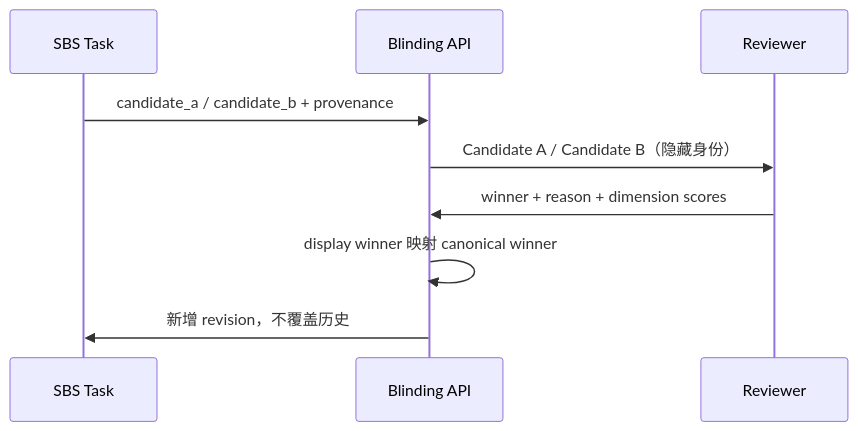
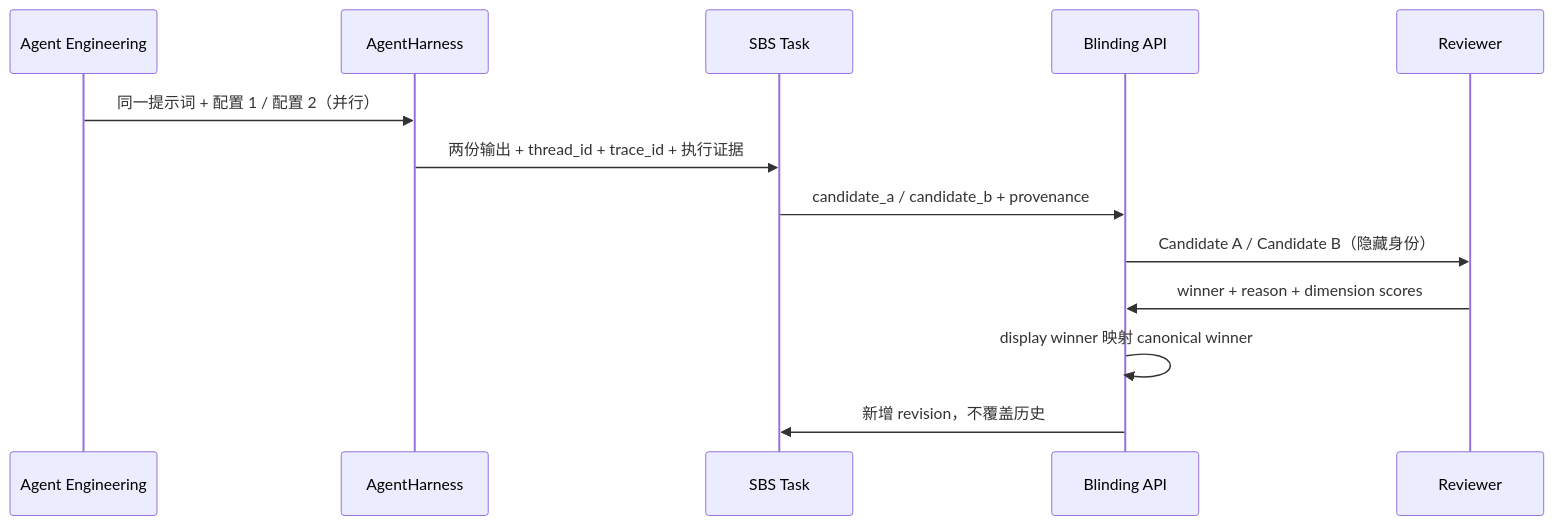
The fifth of 5 diagrams in Agent工程平台建设报告.md (YachuanWzh/huamulan-agent), drawn with Mermaid before and after one commit. The commit also changed other lines of this file and 10 other files, not shown here.

Commit message:
feat(agent-engineering): run real SBS candidates

````diff
--- a/Agent工程平台建设报告.md
+++ b/Agent工程平台建设报告.md
@@ -389,11 +395,15 @@
 ```mermaid
 sequenceDiagram
+    participant UI as Agent Engineering
+    participant Harness as AgentHarness
     participant DB as SBS Task
     participant API as Blinding API
     participant Human as Reviewer
+    UI->>Harness: 同一提示词 + 配置 1 / 配置 2（并行）
+    Harness->>DB: 两份输出 + thread_id + trace_id + 执行证据
     DB->>API: candidate_a / candidate_b + provenance
     API->>Human: Candidate A / Candidate B（隐藏身份）
     Human->>API: winner + reason + dimension scores
     API->>API: display winner 映射 canonical winner
     API->>DB: 新增 revision，不覆盖历史
 ```
````
